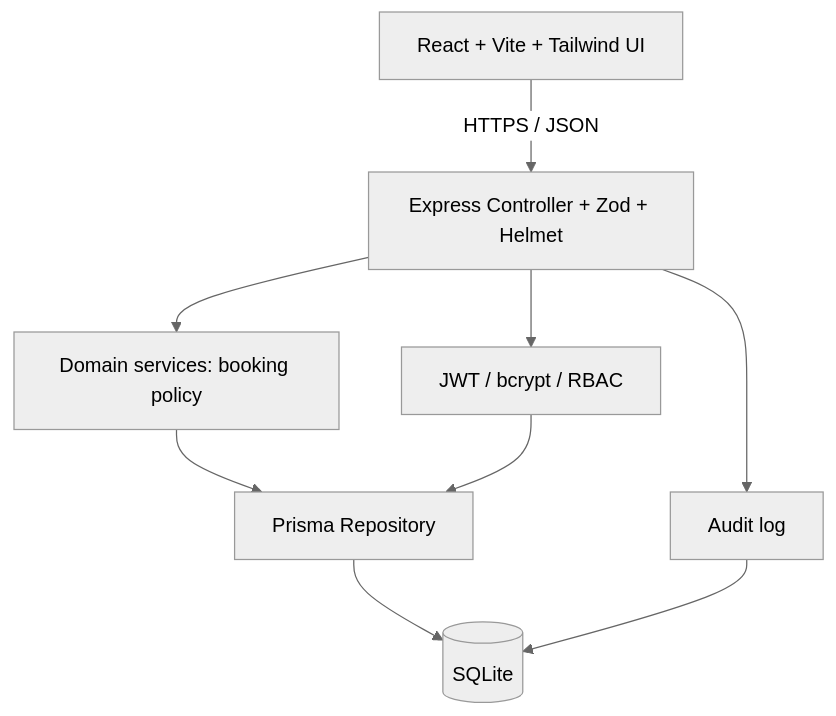
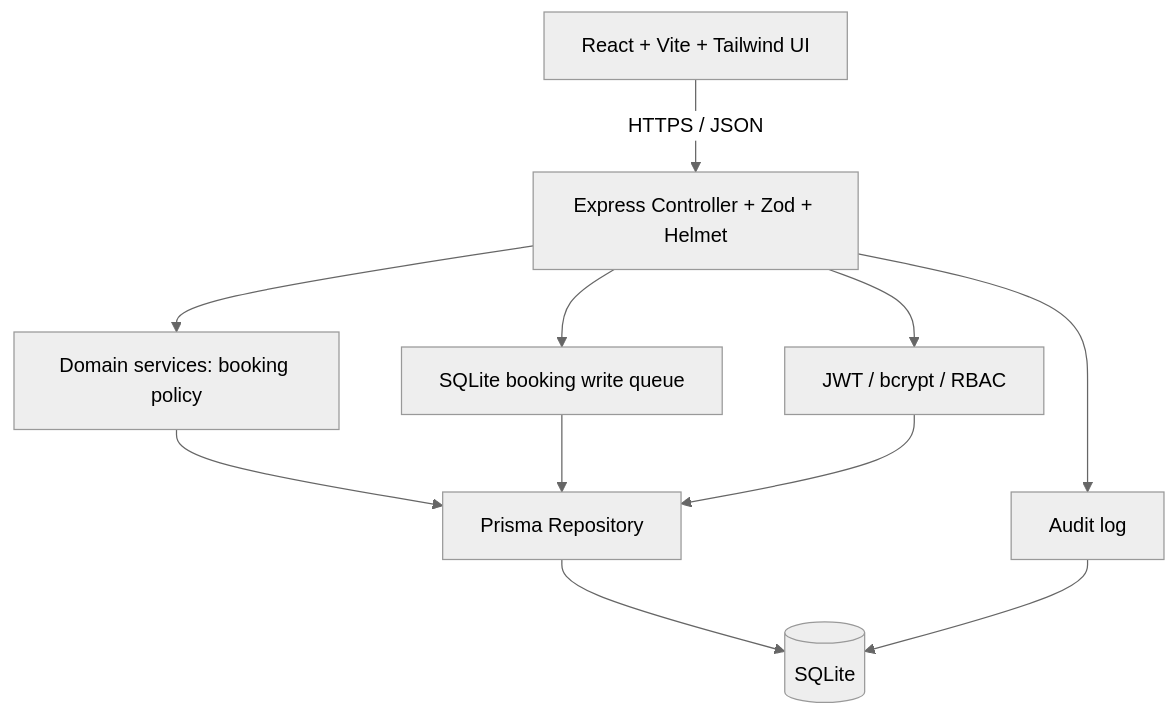
The third of 3 diagrams in docs/00-diagrams.md (bachiep/studyspace-quality-assurance), drawn with Mermaid (neutral theme) before and after one commit. The commit also changed other lines of this file, not shown here.

Commit message:
docs: document SQLite booking write queue

````diff
--- a/docs/00-diagrams.md
+++ b/docs/00-diagrams.md
@@ -41,11 +41,13 @@
 ```mermaid
 flowchart TB
   UI[React + Vite + Tailwind UI] -->|HTTPS / JSON| API[Express Controller + Zod + Helmet]
   API --> Domain[Domain services: booking policy]
   API --> Auth[JWT / bcrypt / RBAC]
+  API --> Queue[SQLite booking write queue]
   Domain --> Data[Prisma Repository]
+  Queue --> Data
   Auth --> Data
   Data --> DB[(SQLite)]
   API --> Audit[Audit log]
   Audit --> DB
 ```
````
